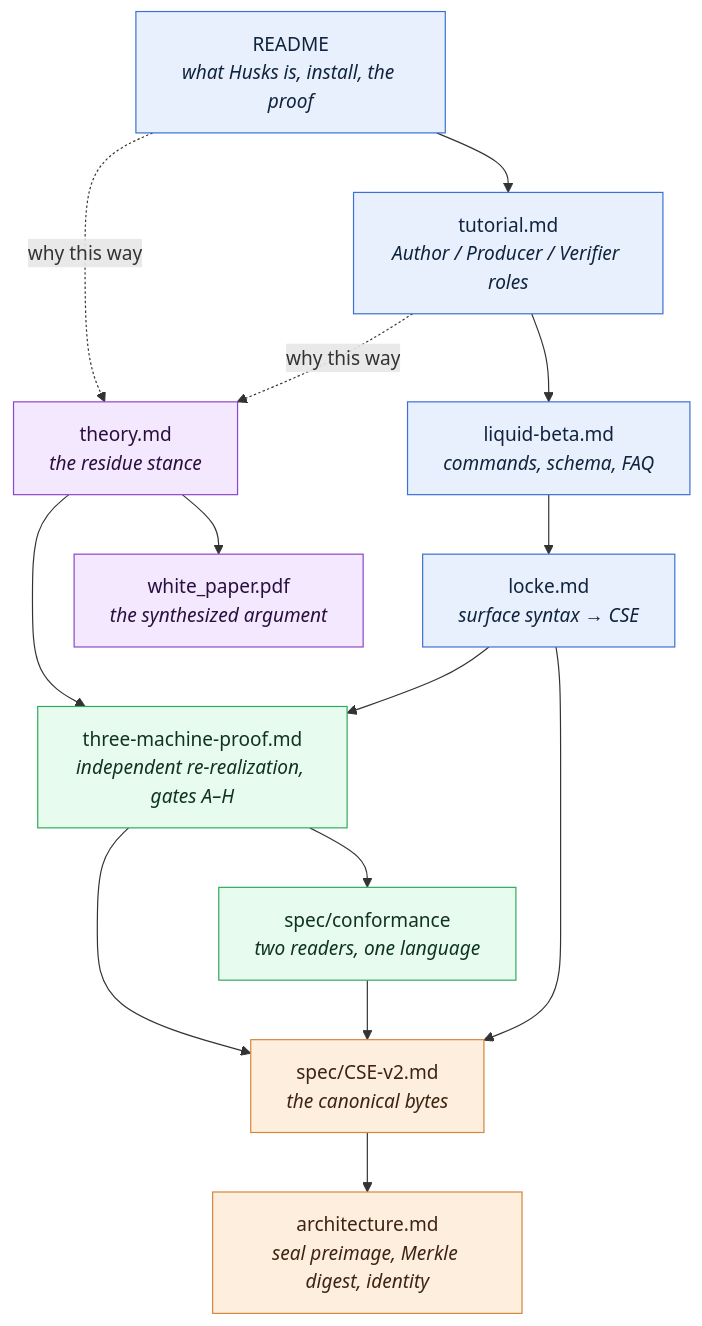
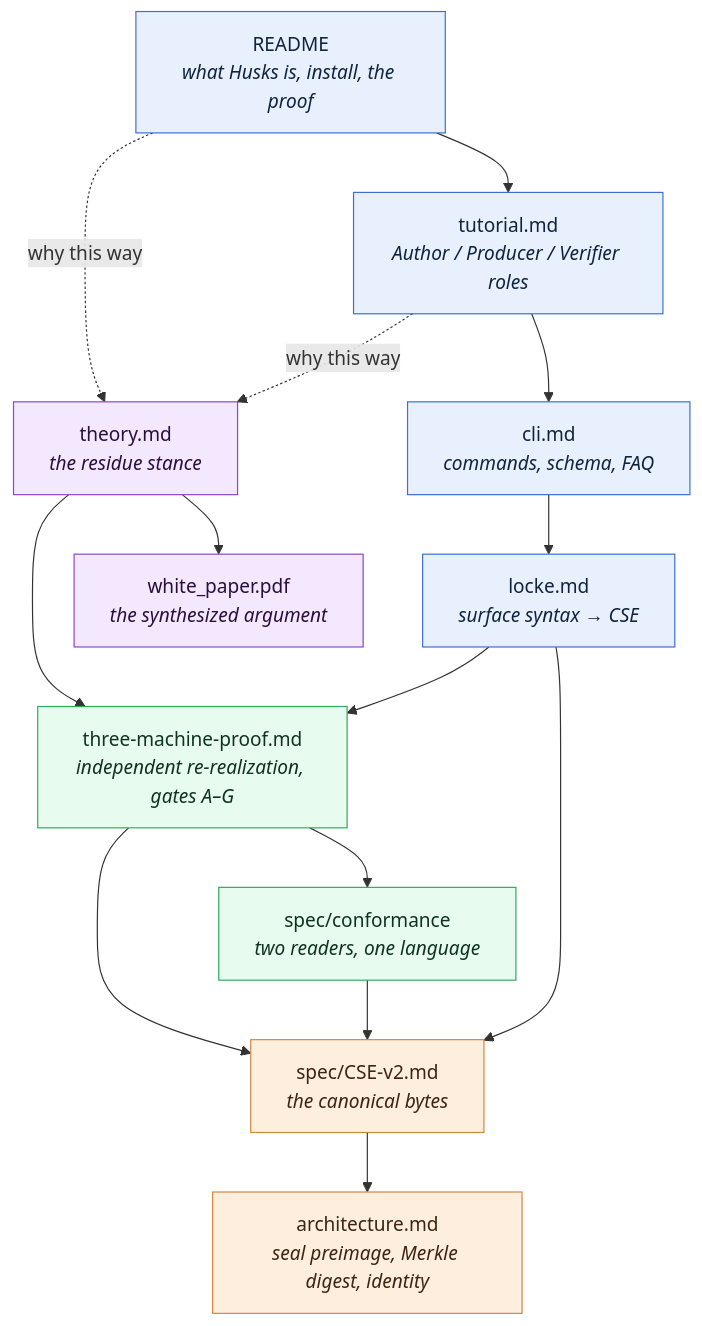
The diagram in docs/README.md (rz4/Husks), drawn with Mermaid before and after one commit. The commit also changed other lines of this file and 10 other files, not shown here.

````diff
--- a/docs/README.md
+++ b/docs/README.md
@@ -27,33 +27,33 @@
 ```mermaid
 flowchart TD
     classDef surface fill:#e8f0fe,stroke:#3b6fd4,color:#10243e;
     classDef philos  fill:#f3e8fe,stroke:#8b46c9,color:#2a0f3e;
     classDef science fill:#e8fbef,stroke:#2faa5d,color:#0f3320;
     classDef formal  fill:#fdeede,stroke:#d4863b,color:#3e2410;
 
     FRONT["README<br/><i>what Husks is, install, the proof</i>"]:::surface
     TUT["tutorial.md<br/><i>Author / Producer / Verifier roles</i>"]:::surface
-    CLI["liquid-beta.md<br/><i>commands, schema, FAQ</i>"]:::surface
+    CLI["cli.md<br/><i>commands, schema, FAQ</i>"]:::surface
     LOCKE["locke.md<br/><i>surface syntax → CSE</i>"]:::surface
 
     STANCE["theory.md<br/><i>the residue stance</i>"]:::philos
     WP["white_paper.pdf<br/><i>the synthesized argument</i>"]:::philos
 
-    PROOF["three-machine-proof.md<br/><i>independent re-realization, gates A–H</i>"]:::science
+    PROOF["three-machine-proof.md<br/><i>independent re-realization, gates A–G</i>"]:::science
     CONF["spec/conformance<br/><i>two readers, one language</i>"]:::science
 
     CSE["spec/CSE-v2.md<br/><i>the canonical bytes</i>"]:::formal
     SEAL["architecture.md<br/><i>seal preimage, Merkle digest, identity</i>"]:::formal
 
     FRONT --> TUT --> CLI --> LOCKE
     FRONT -. "why this way" .-> STANCE
     TUT  -. "why this way" .-> STANCE
     STANCE --> WP
     STANCE --> PROOF
     LOCKE --> PROOF
     PROOF --> CONF
     PROOF --> CSE
     CONF  --> CSE
     LOCKE --> CSE
     CSE --> SEAL
 ```
````
